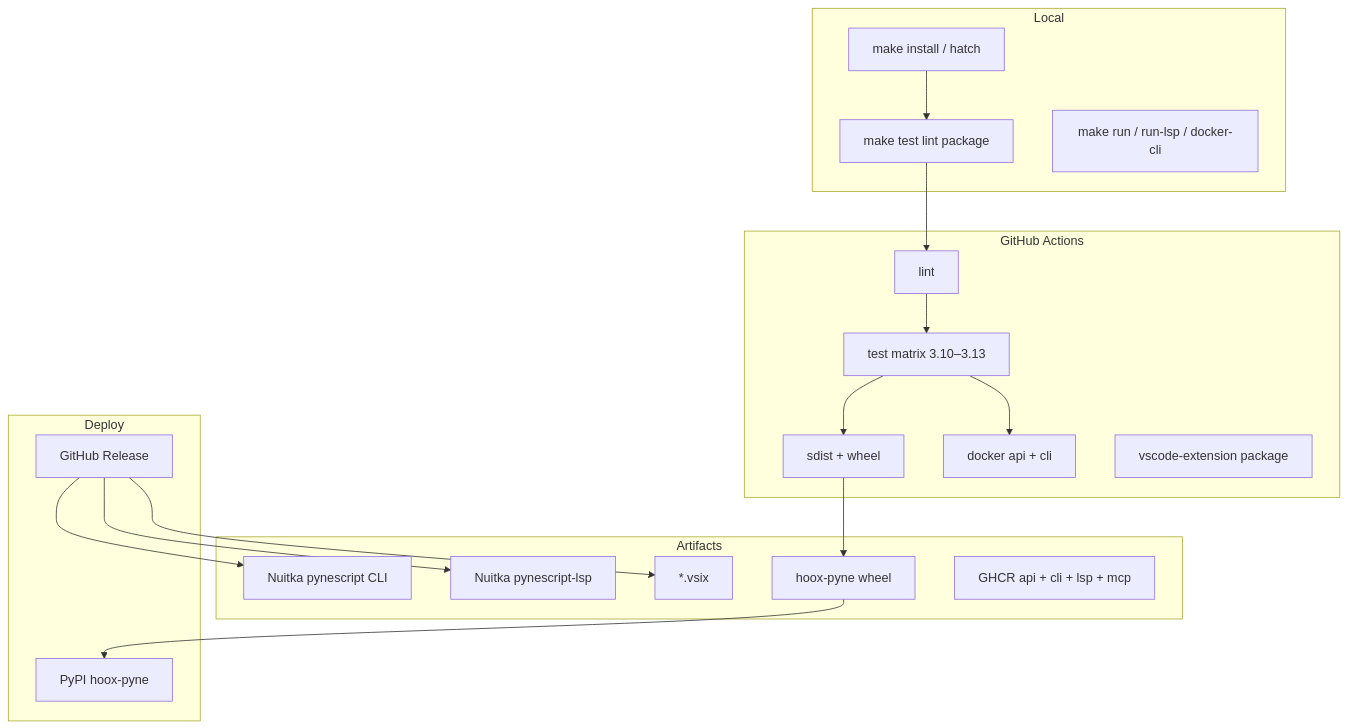
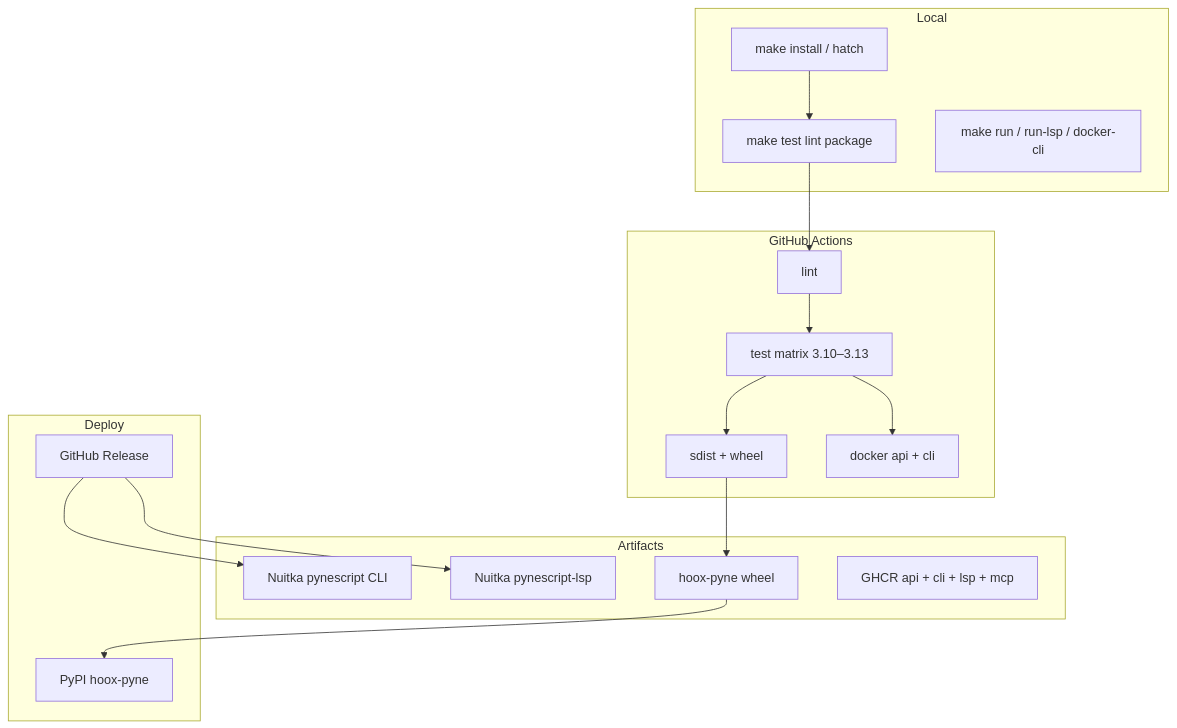
Before and after one commit to hoox-sh/pyne: the diagram in docs/pyne/devops/index.mdx, drawn with Mermaid. The commit also changed other lines of this file and 74 other files, not shown here.

````diff
--- a/docs/pyne/devops/index.mdx
+++ b/docs/pyne/devops/index.mdx
@@ -35,33 +35,30 @@
 ```mermaid
 flowchart TB
   subgraph Local
     DEV[make install / hatch]
     TEST[make test lint package]
     RUN[make run / run-lsp / docker-cli]
   end
   subgraph CI["GitHub Actions"]
     LINT[lint]
     PY[test matrix 3.10–3.13]
     PKG[sdist + wheel]
     DOCK[docker api + cli]
-    VSIX[vscode-extension package]
   end
   subgraph Artifacts
     WHEEL[hoox-pyne wheel]
     CLIBIN[Nuitka pynescript CLI]
     LSPBIN[Nuitka pynescript-lsp]
-    VSIXART[*.vsix]
     IMG[GHCR api + cli + lsp + mcp]
   end
   subgraph Deploy
     PYPI[PyPI hoox-pyne]
     REL[GitHub Release]
   end
   DEV --> TEST --> LINT
   LINT --> PY --> PKG
   PY --> DOCK
   PKG --> WHEEL --> PYPI
   REL --> CLIBIN
   REL --> LSPBIN
-  REL --> VSIXART
 ```
````
